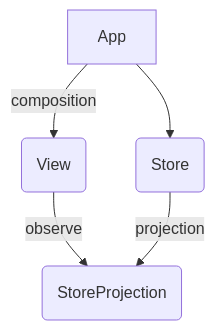
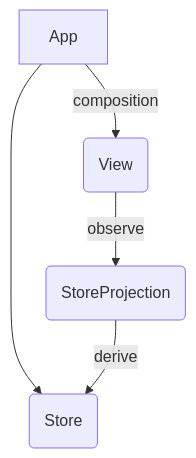
Before and after one commit to stephtelolahy/WildWestOnline: the fifth of 6 diagrams in README.md, drawn with Mermaid.

````diff
--- a/README.md
+++ b/README.md
@@ -119,7 +119,7 @@
 ```mermaid
 flowchart TD
 APP[App] --> APPSTORE(Store)
 APP --> |composition| VIEW(View)
 VIEW --> |observe| STOREPROJECTION(StoreProjection)
-APPSTORE --> |projection| STOREPROJECTION
+STOREPROJECTION --> |derive| APPSTORE
 ```
````
